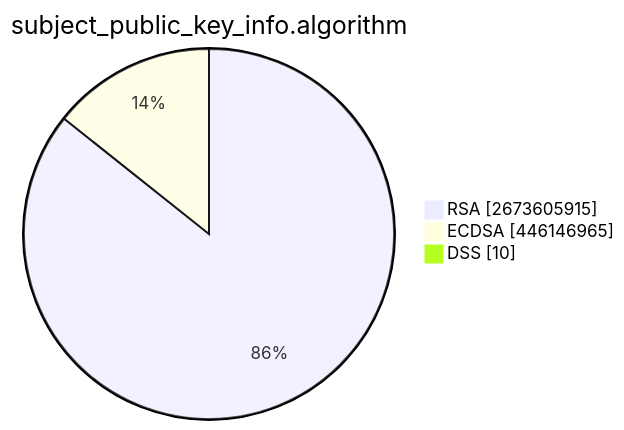
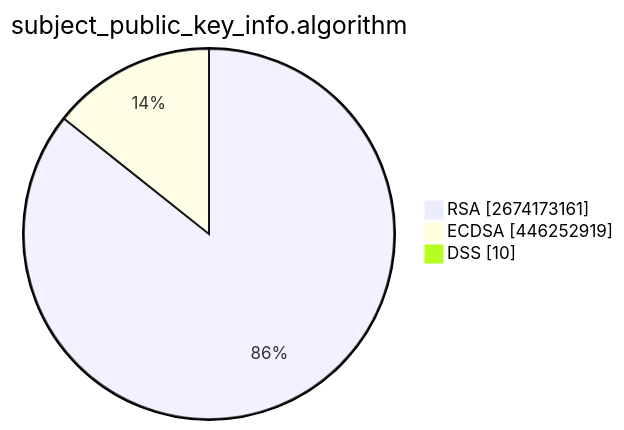
Before and after one commit to christiankrug/ctmonitor_visualization: the second of 15 diagrams in TOTAL/README.md, drawn with Mermaid. The commit also changed other lines of this file, not shown here.

````diff
--- a/TOTAL/README.md
+++ b/TOTAL/README.md
@@ -6,7 +6,7 @@
 ```mermaid
 pie showData
 title subject_public_key_info.algorithm
-"RSA" :2673605915
-"ECDSA" :446146965
+"RSA" :2674173161
+"ECDSA" :446252919
 "DSS" :10
 ```
````
